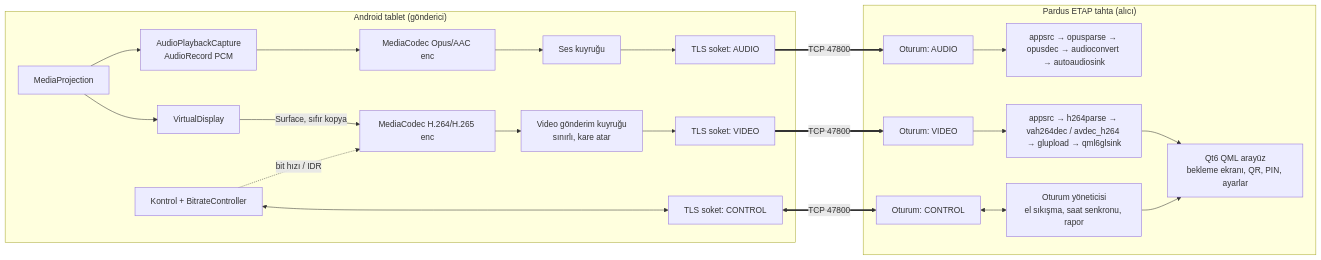
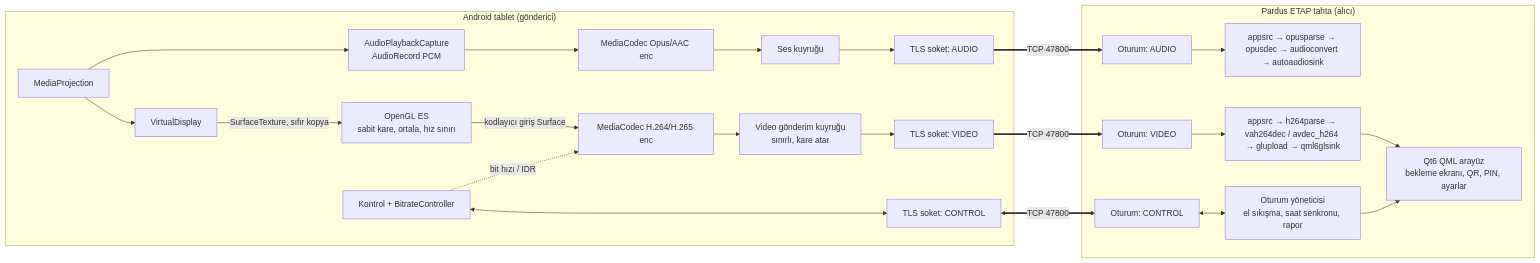
Before and after one commit to ozkanceng/casthop: the first of 2 diagrams in docs/ARCHITECTURE.md, drawn with Mermaid. The commit also changed other lines of this file and 72 other files, not shown here.

````diff
--- a/docs/ARCHITECTURE.md
+++ b/docs/ARCHITECTURE.md
@@ -5,27 +5,28 @@
 ```mermaid
 flowchart LR
   subgraph Tablet["Android tablet (gönderici)"]
     MP[MediaProjection] --> VD[VirtualDisplay]
-    VD -->|Surface, sıfır kopya| VE[MediaCodec H.264/H.265 enc]
+    VD -->|SurfaceTexture, sıfır kopya| GL[OpenGL ES<br/>sabit kare, ortala, hız sınırı]
+    GL -->|kodlayıcı giriş Surface| VE[MediaCodec H.264/H.265 enc]
     MP --> APC[AudioPlaybackCapture<br/>AudioRecord PCM]
     APC --> AE[MediaCodec Opus/AAC enc]
     VE --> VQ[Video gönderim kuyruğu<br/>sınırlı, kare atar]
     AE --> AQ[Ses kuyruğu]
     VQ --> TV[TLS soket: VIDEO]
     AQ --> TA[TLS soket: AUDIO]
     CC[Kontrol + BitrateController] <--> TC[TLS soket: CONTROL]
     CC -.bit hızı / IDR.-> VE
   end
 
   TV ==>|TCP 47800| RV
   TA ==>|TCP 47800| RA
   TC <==>|TCP 47800| RC
 
   subgraph Board["Pardus ETAP tahta (alıcı)"]
     RV[Oturum: VIDEO] --> VS[appsrc → h264parse → vah264dec / avdec_h264 → glupload → qml6glsink]
     RA[Oturum: AUDIO] --> AS[appsrc → opusparse → opusdec → audioconvert → autoaudiosink]
     RC[Oturum: CONTROL] <--> SM[Oturum yöneticisi<br/>el sıkışma, saat senkronu, rapor]
     SM --> UI[Qt6 QML arayüz<br/>bekleme ekranı, QR, PIN, ayarlar]
     VS --> UI
   end
 ```
````
